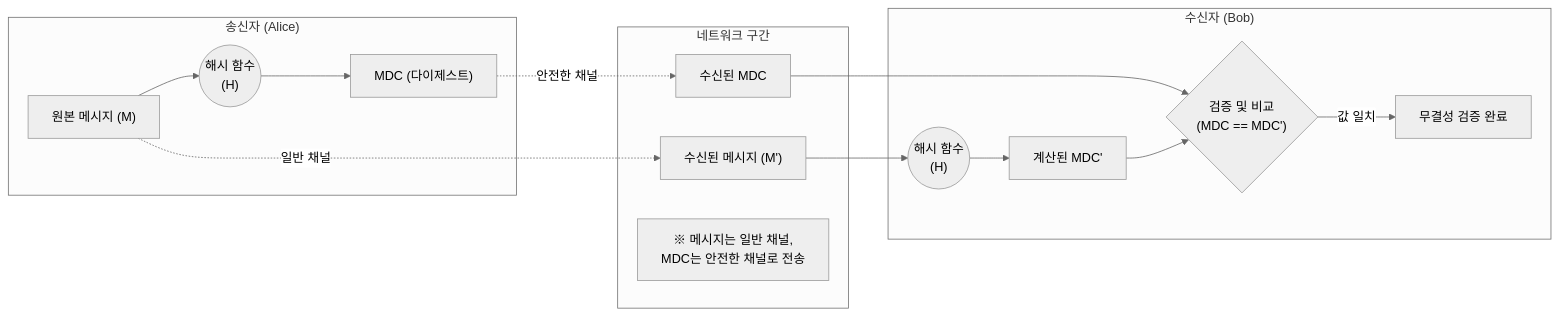
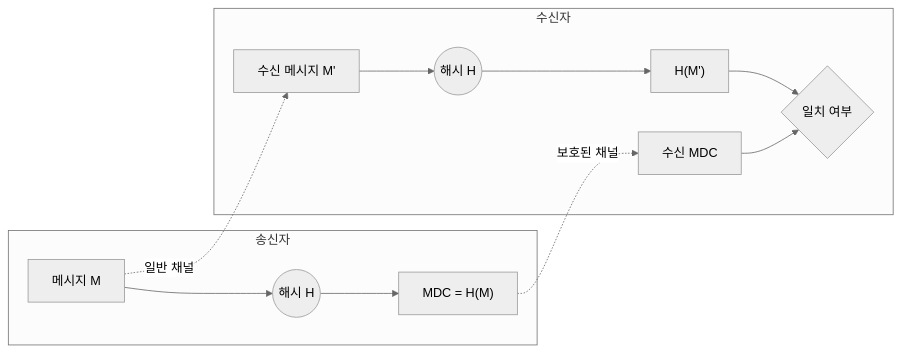
The diagram in content/01_IT Tech/MDC.md (supremethumb/supremethumb.github.io), drawn with Mermaid (neutral theme) before and after one commit. The commit also changed other lines of this file and 1087 other files, not shown here.

````diff
--- a/content/01_IT Tech/MDC.md
+++ b/content/01_IT Tech/MDC.md
@@ -27,37 +35,15 @@
 ```mermaid
 flowchart LR
-    subgraph Sender ["송신자 (Alice)"]
-        M1["원본 메시지 (M)"]
-        H1(("해시 함수<br/>(H)"))
-        MDC1["MDC (다이제스트)"]
-
-        M1 --> H1
-        H1 --> MDC1
+    subgraph S["송신자"]
+        M1["메시지 M"] --> H1(("해시 H"))
+        H1 --> D1["MDC = H(M)"]
     end
-
-    subgraph Network ["네트워크 구간"]
-        M_T["수신된 메시지 (M')"]
-        MDC_T["수신된 MDC"]
-        
-        note1["※ 메시지는 일반 채널,<br/>MDC는 안전한 채널로 전송"]
+    M1 -.->|"일반 채널"| M2["수신 메시지 M'"]
+    D1 -.->|"보호된 채널"| D2["수신 MDC"]
+    subgraph R["수신자"]
+        M2 --> H2(("해시 H"))
+        H2 --> D3["H(M')"]
+        D3 --> C{"일치 여부"}
+        D2 --> C
     end
-
-    subgraph Receiver ["수신자 (Bob)"]
-        H2(("해시 함수<br/>(H)"))
-        MDC2["계산된 MDC'"]
-        COMP{"검증 및 비교<br/>(MDC == MDC')"}
-        RES["무결성 검증 완료"]
-    end
-
-    M1 -. 일반 채널 .-> M_T
-    MDC1 -. 안전한 채널 .-> MDC_T
-
-    M_T --> H2
-    H2 --> MDC2
-    
-    MDC_T --> COMP
-    MDC2 --> COMP
-    
-    COMP -- "값 일치" --> RES
-
 ```
````
